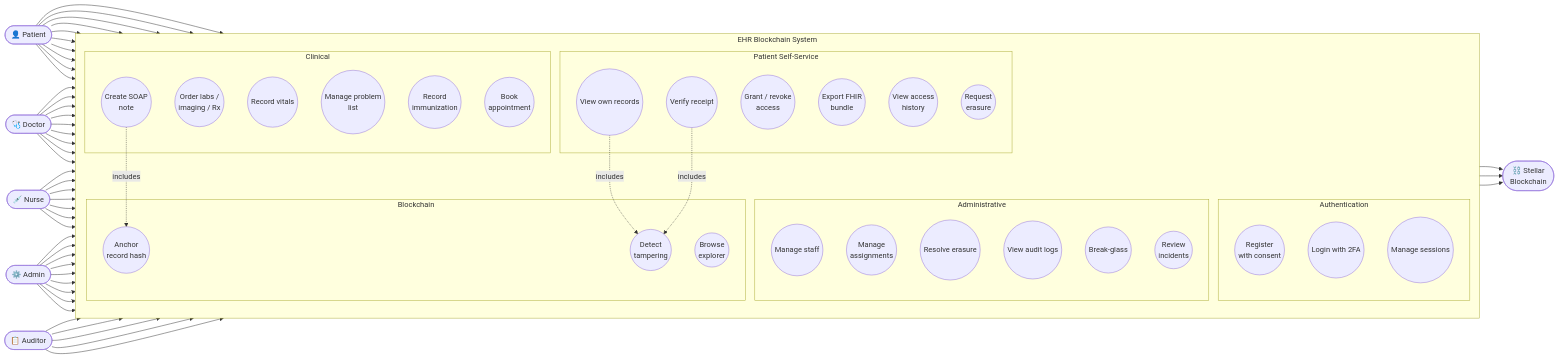
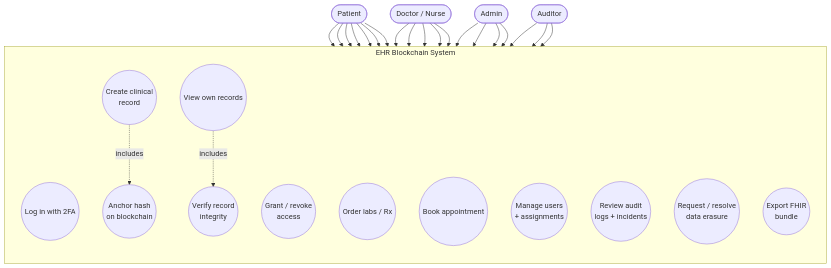
Before and after one commit to justrhey/capstone: the ninth of 9 diagrams in ehr-blockchain/docs/chapter3-diagrams.md, drawn with Mermaid. The commit also changed other lines of this file and 173 other files, not shown here.

````diff
--- a/ehr-blockchain/docs/chapter3-diagrams.md
+++ b/ehr-blockchain/docs/chapter3-diagrams.md
@@ -422,65 +238,49 @@
 ```mermaid
-flowchart LR
-    Patient(["👤 Patient"])
-    Doctor(["🩺 Doctor"])
-    Nurse(["💉 Nurse"])
-    Admin(["⚙️ Admin"])
-    Auditor(["📋 Auditor"])
-    Chain(["⛓️ Stellar<br/>Blockchain"])
+flowchart TB
+    Patient(["Patient"])
+    Doctor(["Doctor / Nurse"])
+    Admin(["Admin"])
+    Auditor(["Auditor"])
 
     subgraph SYS["EHR Blockchain System"]
         direction TB
-
-        subgraph AUTH_UC["Authentication"]
-            UC1((Register<br/>with consent))
-            UC2((Login with 2FA))
-            UC3((Manage sessions))
-        end
-
-        subgraph PAT_UC["Patient Self-Service"]
-            UC4((View own records))
-            UC5((Grant / revoke<br/>access))
-            UC6((Export FHIR<br/>bundle))
-            UC7((View access<br/>history))
-            UC8((Request<br/>erasure))
-            UC9((Verify receipt))
-        end
-
-        subgraph CLIN_UC["Clinical"]
-            UC10((Create SOAP<br/>note))
-            UC11((Order labs /<br/>imaging / Rx))
-            UC12((Record vitals))
-            UC13((Manage problem<br/>list))
-            UC14((Record<br/>immunization))
-            UC15((Book<br/>appointment))
-        end
-
-        subgraph ADM_UC["Administrative"]
-            UC16((Manage staff))
-            UC17((Manage<br/>assignments))
-            UC18((Resolve erasure))
-            UC19((View audit logs))
-            UC20((Break-glass))
-            UC21((Review<br/>incidents))
-        end
-
-        subgraph BC_UC["Blockchain"]
-            UC22((Anchor<br/>record hash))
-            UC23((Detect<br/>tampering))
-            UC24((Browse<br/>explorer))
-        end
+        UC1((Log in with 2FA))
+        UC2((View own records))
+        UC3((Grant / revoke<br/>access))
+        UC4((Create clinical<br/>record))
+        UC5((Order labs / Rx))
+        UC6((Book appointment))
+        UC7((Verify record<br/>integrity))
+        UC8((Manage users<br/>+ assignments))
+        UC9((Review audit<br/>logs + incidents))
+        UC10((Request / resolve<br/>data erasure))
+        UC11((Export FHIR<br/>bundle))
+        UC12((Anchor hash<br/>on blockchain))
     end
 
-    Patient --> UC1 & UC2 & UC3 & UC4 & UC5 & UC6 & UC7 & UC8 & UC9 & UC15
-    Doctor --> UC2 & UC3 & UC10 & UC11 & UC12 & UC13 & UC14 & UC15 & UC20
-    Nurse --> UC2 & UC3 & UC12 & UC13 & UC14 & UC15 & UC20
-    Admin --> UC2 & UC3 & UC16 & UC17 & UC18 & UC19 & UC20 & UC21 & UC24
-    Auditor --> UC2 & UC3 & UC19 & UC21 & UC24
+    Patient --> UC1
+    Patient --> UC2
+    Patient --> UC3
+    Patient --> UC6
+    Patient --> UC7
+    Patient --> UC10
+    Patient --> UC11
 
-    UC10 -.includes.-> UC22
-    UC4 -.includes.-> UC23
-    UC9 -.includes.-> UC23
-    UC22 --> Chain
-    UC23 --> Chain
-    UC24 --> Chain
+    Doctor --> UC1
+    Doctor --> UC4
+    Doctor --> UC5
+    Doctor --> UC6
+    Doctor --> UC7
+
+    Admin --> UC1
+    Admin --> UC8
+    Admin --> UC9
+    Admin --> UC10
+
+    Auditor --> UC1
+    Auditor --> UC9
+    Auditor --> UC7
+
+    UC4 -.includes.-> UC12
+    UC2 -.includes.-> UC7
 ```
````
